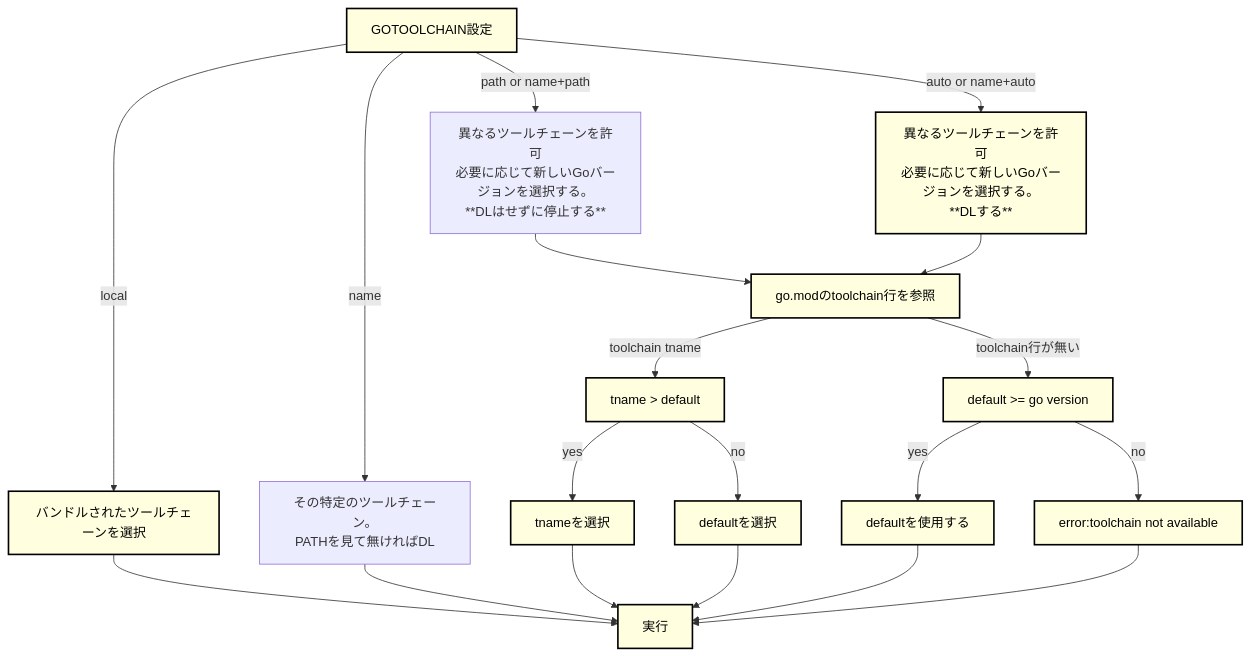
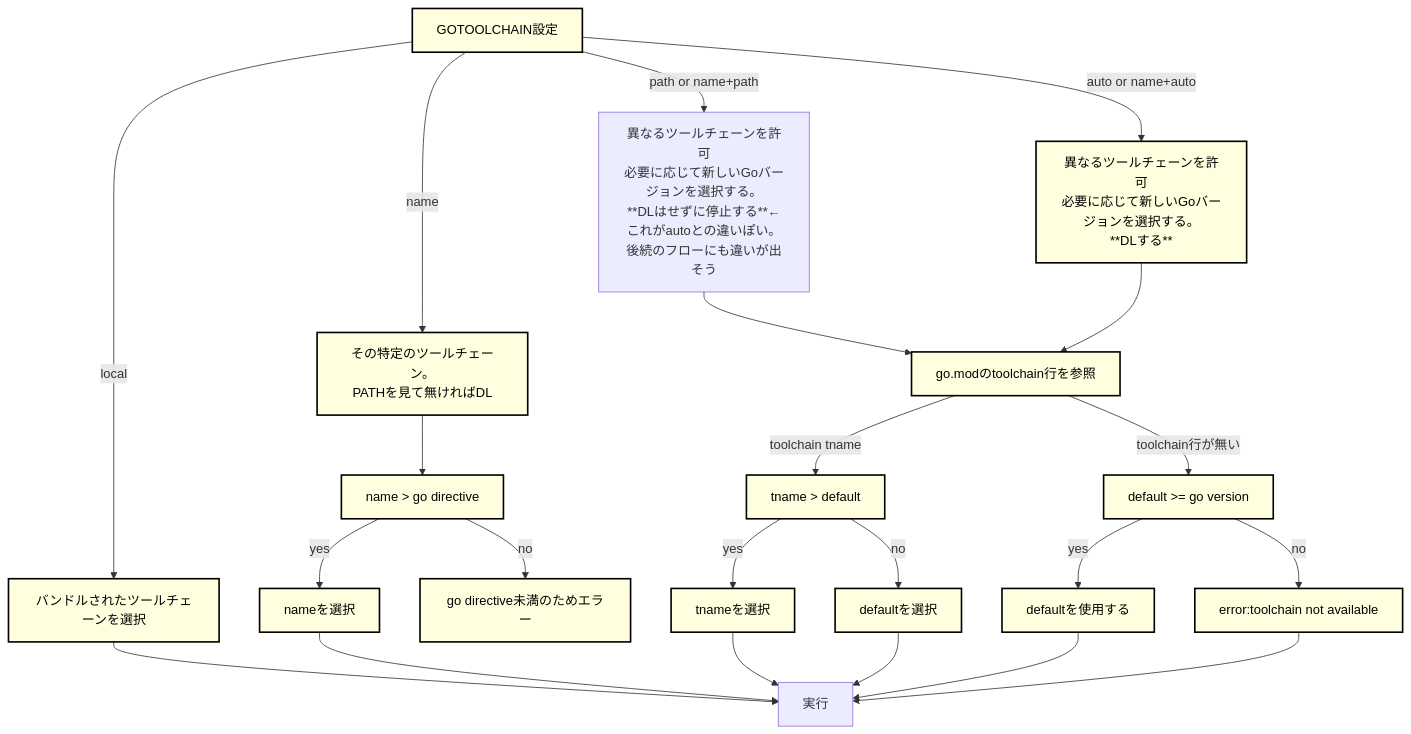
Before and after one commit to atushi-koga/go-example: the diagram in gotoolchain/README.md, drawn with Mermaid. The commit also changed 13 other files, not shown here.

````diff
--- a/gotoolchain/README.md
+++ b/gotoolchain/README.md
@@ -7,30 +7,33 @@
 ```mermaid
 
 graph TD
     classDef lightYellow fill:#FFFFE0,stroke:#000,stroke-width:2px,color:#000;
     A[GOTOOLCHAIN設定]
     A -->|local| B[バンドルされたツールチェーンを選択]
     A -->|name| C[その特定のツールチェーン。<br>PATHを見て無ければDL]
-    A -->|path or name+path| D[異なるツールチェーンを許可<br>必要に応じて新しいGoバージョンを選択する。<br>**DLはせずに停止する**]
+    C --> N[name > go directive]
+    N -->|yes| O[nameを選択]
+    N -->|no| P[go directive未満のためエラー]
+    A -->|path or name+path| D[異なるツールチェーンを許可<br>必要に応じて新しいGoバージョンを選択する。<br>**DLはせずに停止する**←これがautoとの違いぽい。後続のフローにも違いが出そう]
     A -->|auto or name+auto| E[異なるツールチェーンを許可<br>必要に応じて新しいGoバージョンを選択する。<br>**DLする**]
 
     F[go.modのtoolchain行を参照]
     D --> F
     E --> F
     F -->|toolchain tname| H[tname > default]
     F -->|toolchain行が無い| I[default >= go version]
     H -->|yes| J[tnameを選択]
     H -->|no| K[defaultを選択]
     I -->|yes| L[defaultを使用する]
     I -->|no| M[error:toolchain not available]
         
     Z[実行]
     B --> Z
-    C --> Z
     J --> Z
     K --> Z
     L --> Z
     M --> Z
+    O --> Z
 
-    class A,B,E,F,H,I,J,K,L,M,Z lightYellow;
+    class A,B,C,E,F,H,I,J,K,L,M,N,O,P lightYellow;
 ```
````
